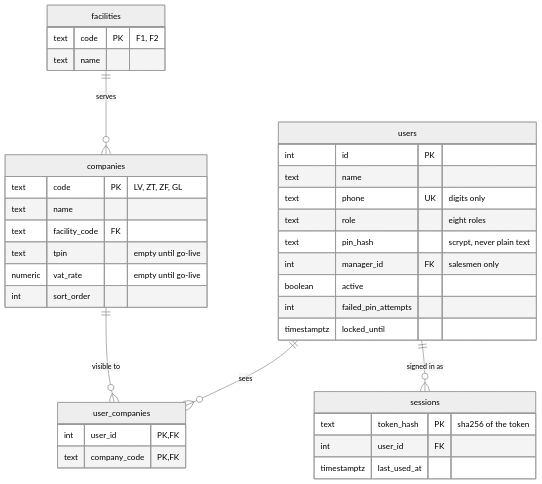
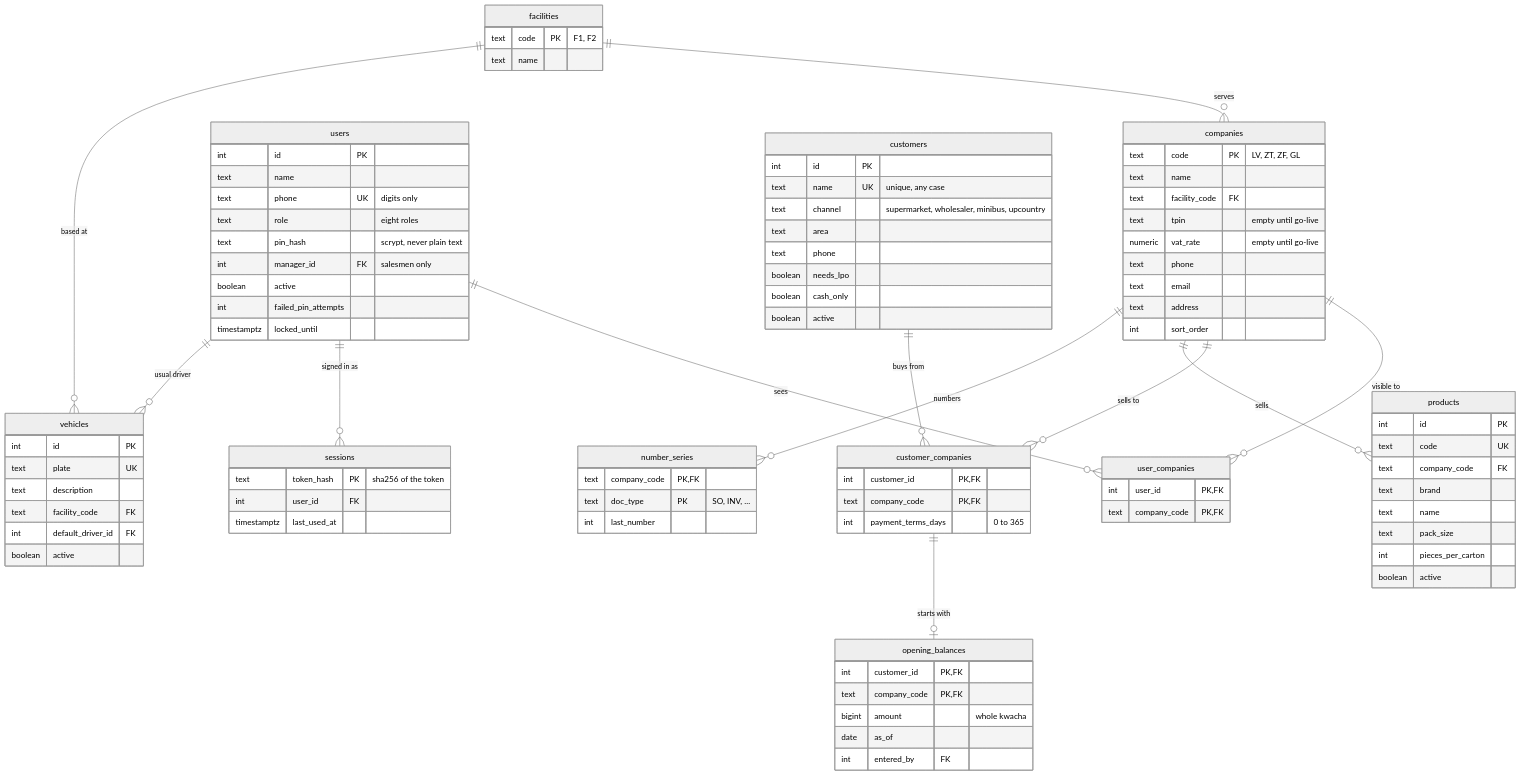
Before and after one commit to ridarajani/sales-app: the diagram in docs/DATABASE.md, drawn with Mermaid (neutral theme). The commit also changed other lines of this file and 18 other files, not shown here.

First line of the commit message:
Phase 2 (server): customers, products, vehicles, opening balances, numbering, Excel import

````diff
--- a/docs/DATABASE.md
+++ b/docs/DATABASE.md
@@ -20,6 +20,13 @@
     companies ||--o{ user_companies : "visible to"
     users ||--o{ user_companies : "sees"
     users ||--o{ sessions : "signed in as"
+    customers ||--o{ customer_companies : "buys from"
+    companies ||--o{ customer_companies : "sells to"
+    companies ||--o{ products : "sells"
+    facilities ||--o{ vehicles : "based at"
+    users ||--o{ vehicles : "usual driver"
+    customer_companies ||--o| opening_balances : "starts with"
+    companies ||--o{ number_series : "numbers"
     facilities {
         text code PK "F1, F2"
         text name
@@ -30,6 +37,9 @@
         text facility_code FK
         text tpin "empty until go-live"
         numeric vat_rate "empty until go-live"
+        text phone
+        text email
+        text address
         int sort_order
     }
     users {
@@ -52,4 +62,49 @@
         int user_id FK
         timestamptz last_used_at
     }
+    customers {
+        int id PK
+        text name UK "unique, any case"
+        text channel "supermarket, wholesaler, minibus, upcountry"
+        text area
+        text phone
+        boolean needs_lpo
+        boolean cash_only
+        boolean active
+    }
+    customer_companies {
+        int customer_id PK, FK
+        text company_code PK, FK
+        int payment_terms_days "0 to 365"
+    }
+    products {
+        int id PK
+        text code UK
+        text company_code FK
+        text brand
+        text name
+        text pack_size
+        int pieces_per_carton
+        boolean active
+    }
+    vehicles {
+        int id PK
+        text plate UK
+        text description
+        text facility_code FK
+        int default_driver_id FK
+        boolean active
+    }
+    opening_balances {
+        int customer_id PK, FK
+        text company_code PK, FK
+        bigint amount "whole kwacha"
+        date as_of
+        int entered_by FK
+    }
+    number_series {
+        text company_code PK, FK
+        text doc_type PK "SO, INV, ..."
+        int last_number
+    }
 ```
````
